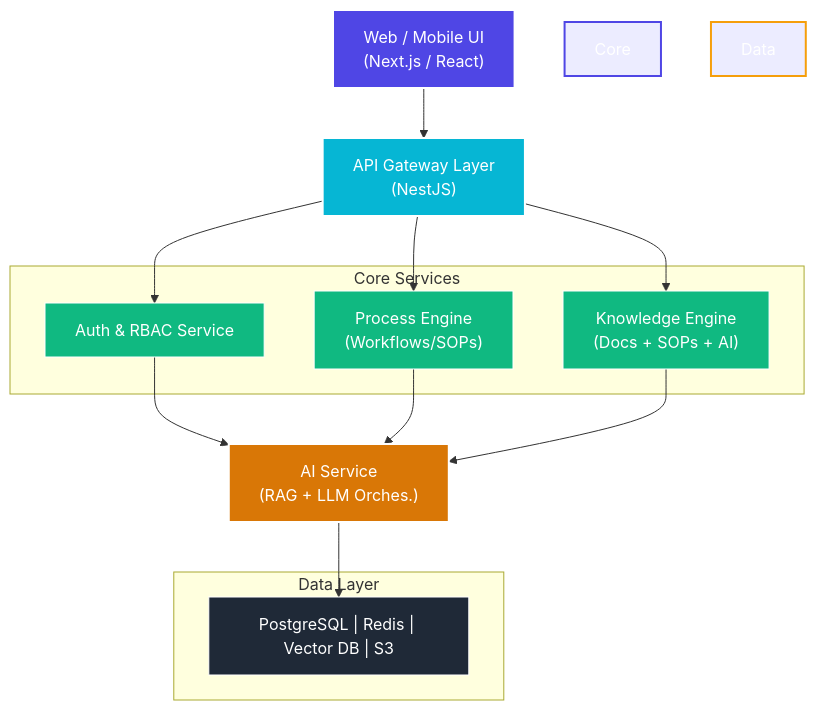
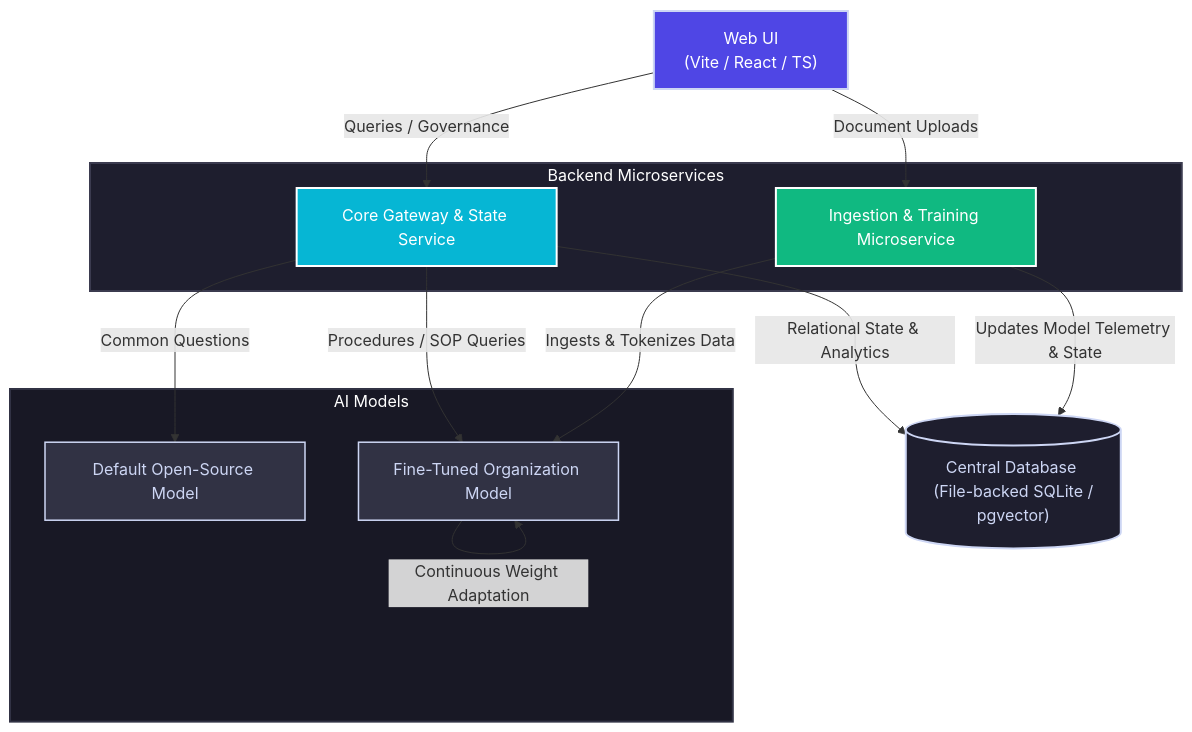
The diagram in documentation/docs/architecture.md (Process-OS/processjr), drawn with Mermaid before and after one commit.

Commit message:
fix: remove unused png

````diff
--- a/documentation/docs/architecture.md
+++ b/documentation/docs/architecture.md
@@ -9,45 +9,45 @@
 ```mermaid
 graph TD
-    %% UI Layer
-    UI["Web / Mobile UI <br> (Next.js / React)"]
+    %% Nodes
+    UI["Web UI <br> (Vite / React / TS)"]
     
-    %% Gateway Layer
-    GW["API Gateway Layer <br> (NestJS)"]
-    
-    %% Core Services
-    subgraph Core Services ["Core Services"]
-        Auth["Auth & RBAC Service"]
-        PE["Process Engine <br> (Workflows/SOPs)"]
-        KE["Knowledge Engine <br> (Docs + SOPs + AI)"]
+    subgraph BM ["Backend Microservices"]
+        GW["Core Gateway & State Service"]
+        IT["Ingestion & Training Microservice"]
     end
     
-    %% AI Layer
-    AI["AI Service <br> (RAG + LLM Orches.)"]
+    subgraph AM ["AI Models"]
+        OS["Default Open-Source Model"]
+        FT["Fine-Tuned Organization Model"]
+    end
     
-    %% Data Layer
-    subgraph Data Layer ["Data Layer"]
-        DL["PostgreSQL | Redis | Vector DB | S3"]
-    end
+    DB[("Central Database <br> (File-backed SQLite / pgvector)")]
 
-    %% Flow
-    UI --> GW
-    GW --> Auth & PE & KE
-    Auth & PE & KE --> AI
-    AI --> DL
+    %% Flows & Connections
+    UI -->|"Queries / Governance"| GW
+    UI -->|"Document Uploads"| IT
+    
+    GW -->|"Common Questions"| OS
+    GW -->|"Procedures / SOP Queries"| FT
+    GW -->|"Relational State & Analytics"| DB
+    
+    IT -->|"Ingests & Tokenizes Data"| FT
+    IT -->|"Updates Model Telemetry & State"| DB
+    
+    FT -->|"Continuous Weight Adaptation"| FT
 
-    %% Styling
-    style Core Services fill:#1e1e38,stroke:#4f46e5,stroke-width:2px,color:#fff
-    style Data Layer fill:#111c24,stroke:#f59e0b,stroke-width:2px,color:#fff
-    
-    classDef ui fill:#4F46E5,stroke:#fff,stroke-width:2px,color:#fff;
-    classDef gateway fill:#06B6D4,stroke:#fff,stroke-width:2px,color:#fff;
-    classDef services fill:#10B981,stroke:#fff,stroke-width:1px,color:#fff;
-    classDef ai fill:#D97706,stroke:#fff,stroke-width:2px,color:#fff;
-    classDef datalayer fill:#1F2937,stroke:#fff,stroke-width:1px,color:#fff;
+    %% Styling & Classes
+    style BM fill:#1e1e2e,stroke:#3b3b4f,stroke-width:2px,color:#fff
+    style AM fill:#181825,stroke:#313244,stroke-width:2px,color:#fff
+    style DB fill:#1e1e2e,stroke:#cdd6f4,stroke-width:2px,color:#cdd6f4
+
+    classDef ui fill:#4f46e5,stroke:#cdd6f4,stroke-width:2px,color:#fff;
+    classDef gateway fill:#06b6d4,stroke:#fff,stroke-width:2px,color:#fff;
+    classDef ingester fill:#10b981,stroke:#fff,stroke-width:2px,color:#fff;
+    classDef ai fill:#313244,stroke:#cdd6f4,stroke-width:1.5px,color:#cdd6f4;
     
     class UI ui;
     class GW gateway;
-    class Auth,PE,KE services;
-    class AI ai;
-    class DL datalayer;
+    class IT ingester;
+    class OS,FT ai;
 ```
````
